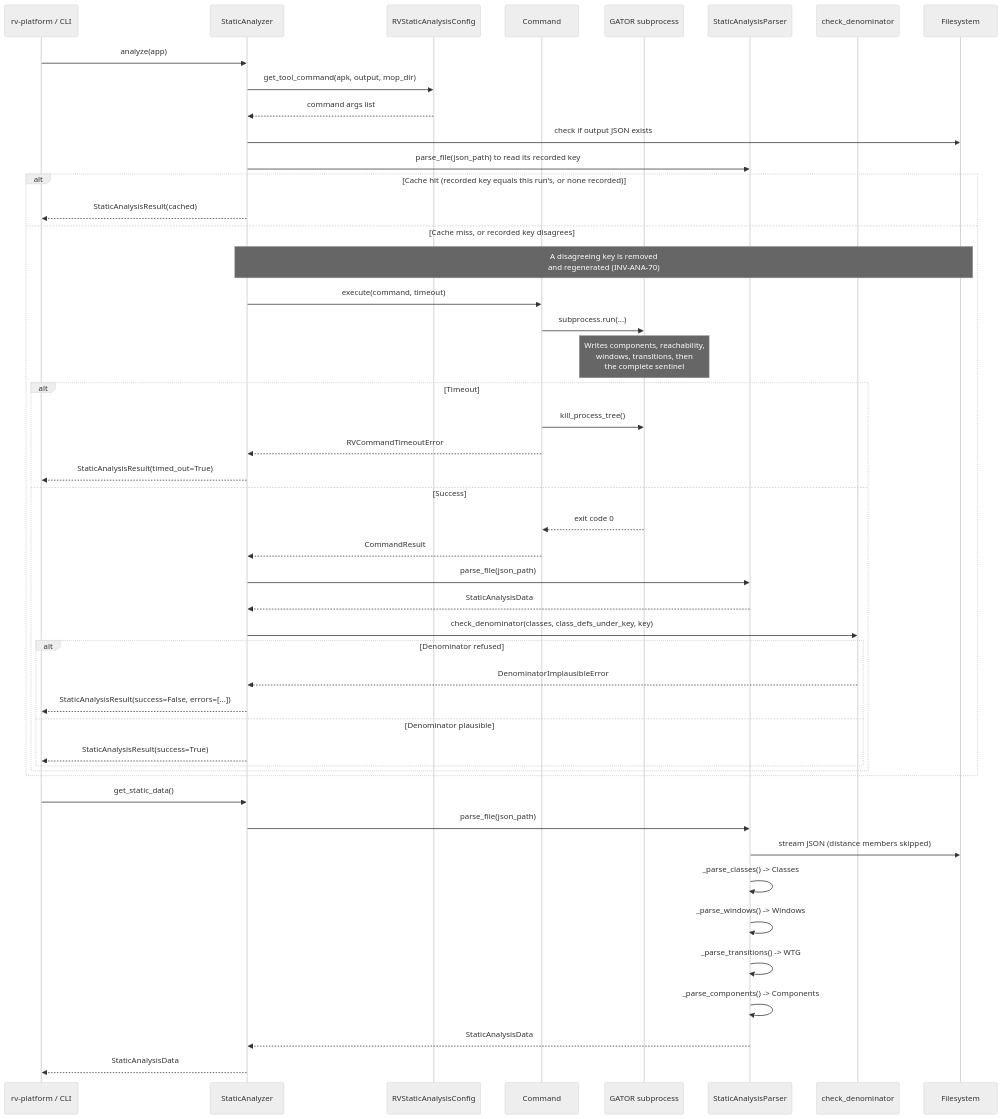
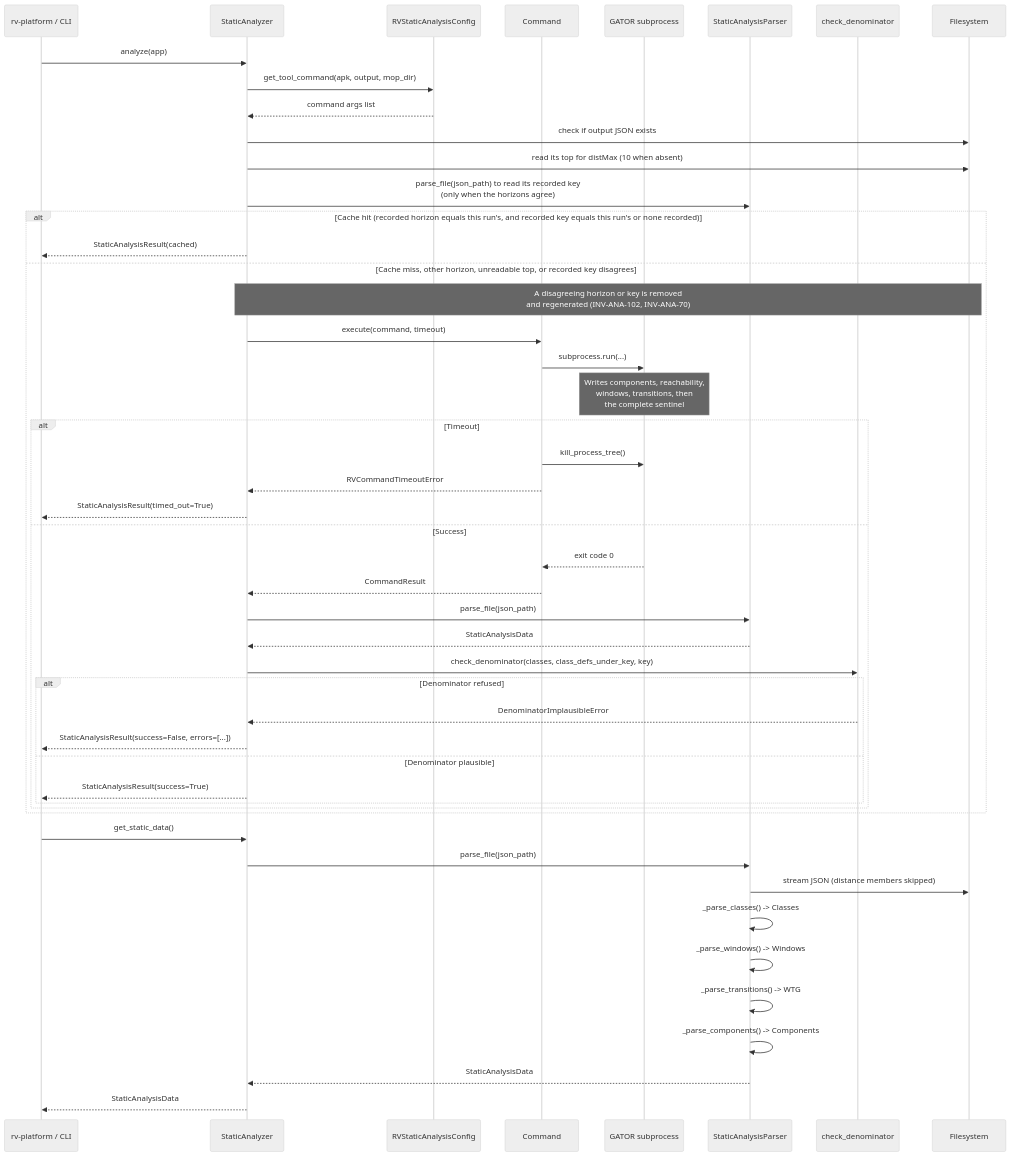
Before and after one commit to PAMunb/rvsec: the fourth of 6 diagrams in rv-android/modules/rv-static-analysis/docs/architecture.md, drawn with Mermaid. The commit also changed other lines of this file and 103 other files, not shown here.

````diff
--- a/rv-android/modules/rv-static-analysis/docs/architecture.md
+++ b/rv-android/modules/rv-static-analysis/docs/architecture.md
@@ -521,53 +524,54 @@
 ```mermaid
 %%{init: {'theme': 'neutral'}}%%
 sequenceDiagram
     participant Caller as rv-platform / CLI
     participant SA as StaticAnalyzer
     participant CFG as RVStaticAnalysisConfig
     participant CMD as Command
     participant GATOR as GATOR subprocess
     participant SAP as StaticAnalysisParser
     participant GATE as check_denominator
     participant FS as Filesystem
 
     Caller->>SA: analyze(app)
     SA->>CFG: get_tool_command(apk, output, mop_dir)
     CFG-->>SA: command args list
     SA->>FS: check if output JSON exists
-    SA->>SAP: parse_file(json_path) to read its recorded key
-    alt Cache hit (recorded key equals this run's, or none recorded)
+    SA->>FS: read its top for distMax (10 when absent)
+    SA->>SAP: parse_file(json_path) to read its recorded key<br/>(only when the horizons agree)
+    alt Cache hit (recorded horizon equals this run's, and recorded key equals this run's or none recorded)
         SA-->>Caller: StaticAnalysisResult(cached)
-    else Cache miss, or recorded key disagrees
-        Note over SA,FS: A disagreeing key is removed<br/>and regenerated (INV-ANA-70)
+    else Cache miss, other horizon, unreadable top, or recorded key disagrees
+        Note over SA,FS: A disagreeing horizon or key is removed<br/>and regenerated (INV-ANA-102, INV-ANA-70)
         SA->>CMD: execute(command, timeout)
         CMD->>GATOR: subprocess.run(...)
         Note over GATOR: Writes components, reachability,<br/>windows, transitions, then<br/>the complete sentinel
         alt Timeout
             CMD->>GATOR: kill_process_tree()
             CMD-->>SA: RVCommandTimeoutError
             SA-->>Caller: StaticAnalysisResult(timed_out=True)
         else Success
             GATOR-->>CMD: exit code 0
             CMD-->>SA: CommandResult
             SA->>SAP: parse_file(json_path)
             SAP-->>SA: StaticAnalysisData
             SA->>GATE: check_denominator(classes, class_defs_under_key, key)
             alt Denominator refused
                 GATE-->>SA: DenominatorImplausibleError
                 SA-->>Caller: StaticAnalysisResult(success=False, errors=[...])
             else Denominator plausible
                 SA-->>Caller: StaticAnalysisResult(success=True)
             end
         end
     end
 
     Caller->>SA: get_static_data()
     SA->>SAP: parse_file(json_path)
     SAP->>FS: stream JSON (distance members skipped)
     SAP->>SAP: _parse_classes() -> Classes
     SAP->>SAP: _parse_windows() -> Windows
     SAP->>SAP: _parse_transitions() -> WTG
     SAP->>SAP: _parse_components() -> Components
     SAP-->>SA: StaticAnalysisData
     SA-->>Caller: StaticAnalysisData
 ```
````
